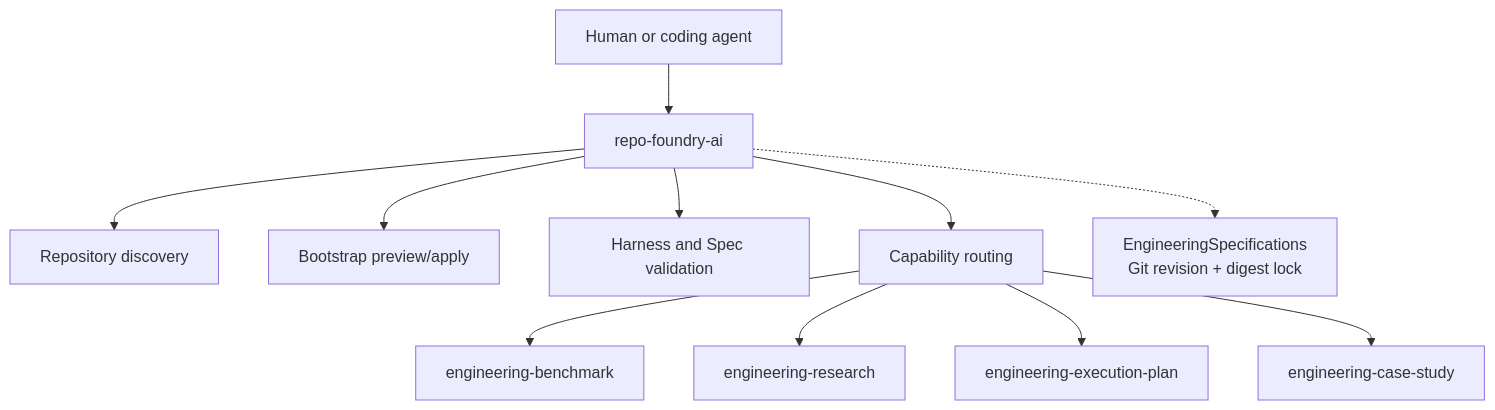
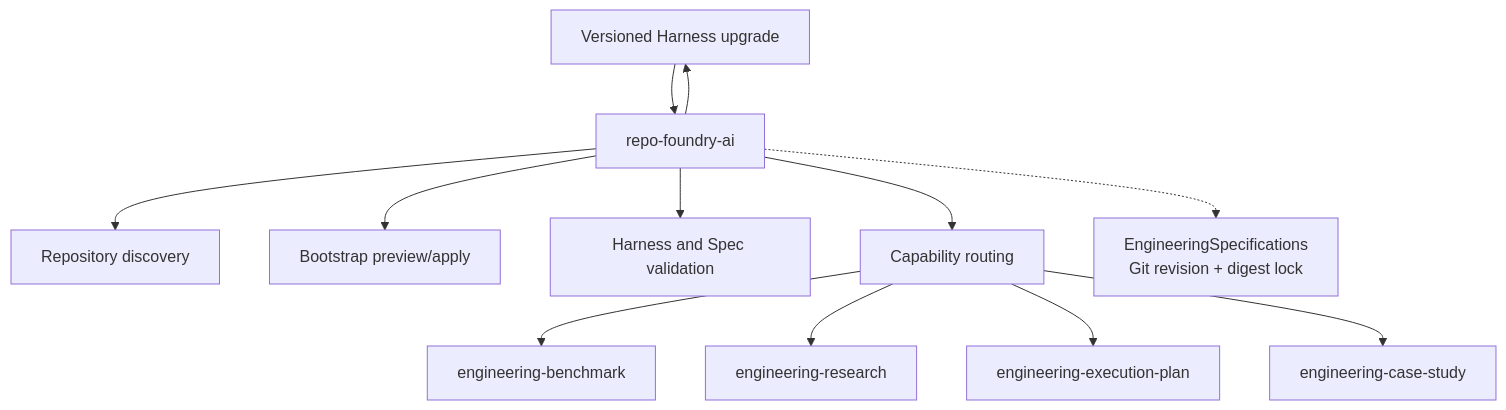
One commit to XiaoWeiKIN/RepoFoundryAI changed the second of 2 diagrams in docs/design-docs/repo-foundry-system.md. Above: the diagram before and after it, drawn with Mermaid. The commit also changed other lines of this file and 10 other files, not shown here.

Commit message:
feat: add versioned Harness migrations

````diff
--- a/docs/design-docs/repo-foundry-system.md
+++ b/docs/design-docs/repo-foundry-system.md
@@ -73,13 +75,14 @@
 ```mermaid
 flowchart TB
     U["Human or coding agent"] --> F["repo-foundry-ai"]
     F --> D["Repository discovery"]
     F --> P["Bootstrap preview/apply"]
+    F --> U["Versioned Harness upgrade"]
     F --> V["Harness and Spec validation"]
     F --> X["Capability routing"]
     X --> B["engineering-benchmark"]
     X --> R["engineering-research"]
     X --> E["engineering-execution-plan"]
     X --> C["engineering-case-study"]
     F -.-> G["EngineeringSpecifications<br/>Git revision + digest lock"]
 ```
````
